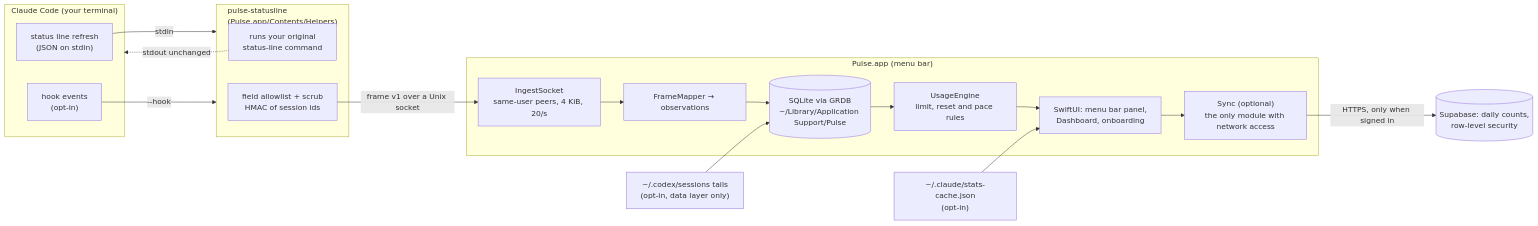
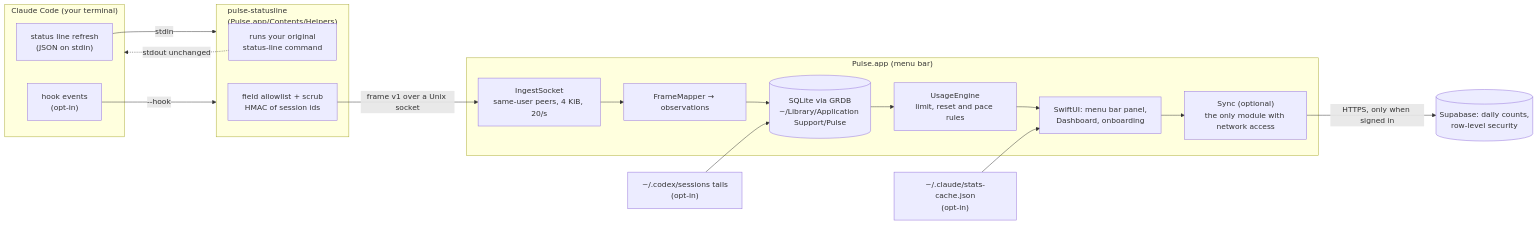
Before and after one commit to obileonardo/clepso: the diagram in README.md, drawn with Mermaid. The commit also changed other lines of this file, not shown here.

````diff
--- a/README.md
+++ b/README.md
@@ -141,35 +151,35 @@
 ```mermaid
 flowchart LR
     subgraph CC["Claude Code (your terminal)"]
         SL["status line refresh<br/>(JSON on stdin)"]
         HK["hook events<br/>(opt-in)"]
     end
 
     subgraph Helper["pulse-statusline<br/>(Pulse.app/Contents/Helpers)"]
         RUN["runs your original<br/>status-line command"]
         AL["field allowlist + scrub<br/>HMAC of session ids"]
     end
 
     subgraph App["Pulse.app (menu bar)"]
         SOCK["IngestSocket<br/>same-user peers, 4 KiB, 20/s"]
         MAP["FrameMapper → observations"]
         DB[("SQLite via GRDB<br/>~/Library/Application Support/Pulse")]
         ENG["UsageEngine<br/>limit, reset and pace rules"]
         UI["SwiftUI: menu bar panel,<br/>Dashboard, onboarding"]
         SYNC["Sync (optional)<br/>the only module with network access"]
     end
 
     STATS["~/.claude/stats-cache.json<br/>(opt-in)"]
-    CODEX["~/.codex/sessions tails<br/>(opt-in, data layer only)"]
+    CODEX["~/.codex/sessions tails<br/>(opt-in)"]
     CLOUD[("Supabase: daily counts,<br/>row-level security")]
 
     SL -->|stdin| Helper
     HK -->|"--hook"| Helper
     RUN -.->|"stdout unchanged"| CC
     AL -->|"frame v1 over a Unix socket"| SOCK
     SOCK --> MAP --> DB
     DB --> ENG --> UI
     STATS --> UI
     CODEX --> DB
     UI --> SYNC -->|"HTTPS, only when signed in"| CLOUD
 ```
````
